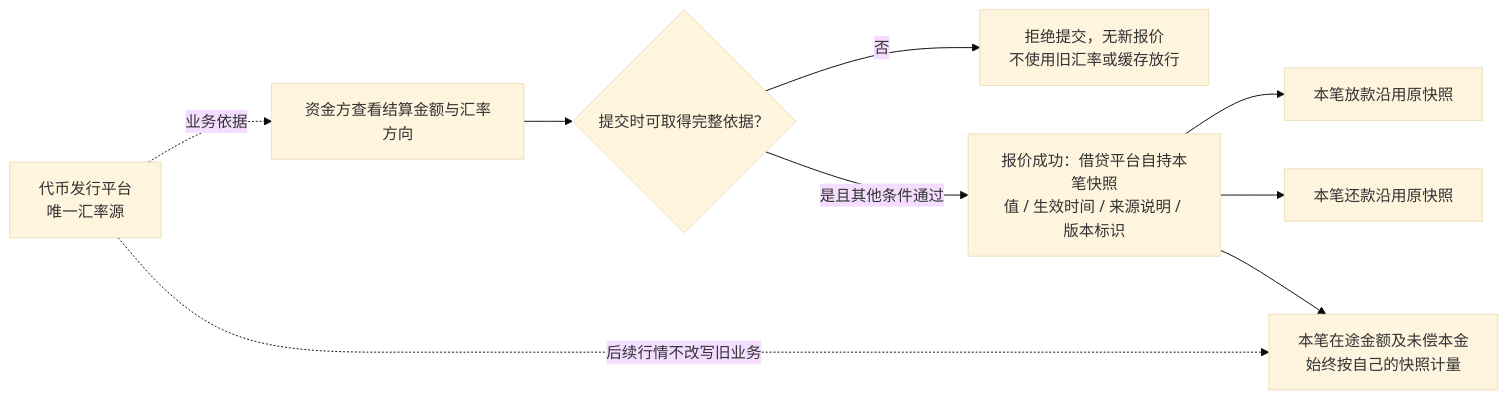
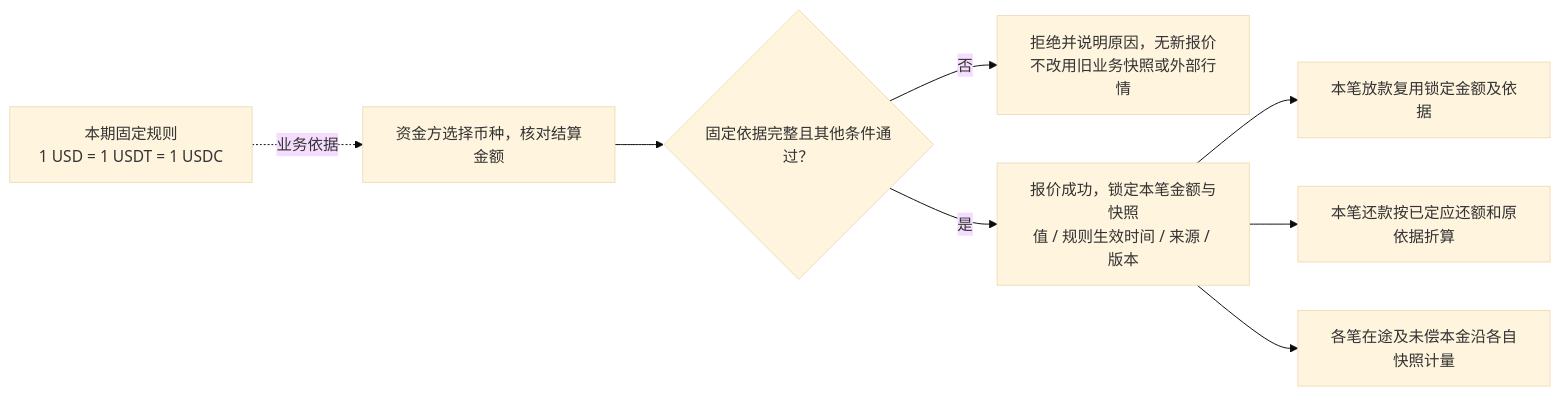
The fourth of 8 diagrams in lending-platform/PRD/v1.0-借贷广场-授信报价与接受拒绝/v1.0-借贷广场-授信报价与接受拒绝-流程图与状态机.md (wxblockchain/Chain-Financing), drawn with Mermaid (base theme) before and after one commit. The commit also changed other lines of this file and 4 other files, not shown here.

````diff
--- a/lending-platform/PRD/v1.0-借贷广场-授信报价与接受拒绝/v1.0-借贷广场-授信报价与接受拒绝-流程图与状态机.md
+++ b/lending-platform/PRD/v1.0-借贷广场-授信报价与接受拒绝/v1.0-借贷广场-授信报价与接受拒绝-流程图与状态机.md
@@ -117,11 +112,10 @@
 ```mermaid
 flowchart LR
-  A["代币发行平台<br/>唯一汇率源"] -. "业务依据" .-> B["资金方查看结算金额与汇率方向"]
-  B --> C{"提交时可取得完整依据？"}
-  C -- "否" --> D["拒绝提交，无新报价<br/>不使用旧汇率或缓存放行"]
-  C -- "是且其他条件通过" --> E["报价成功：借贷平台自持本笔快照<br/>值 / 生效时间 / 来源说明 / 版本标识"]
-  E --> F["本笔放款沿用原快照"]
-  E --> G["本笔还款沿用原快照"]
-  E --> H["本笔在途金额及未偿本金<br/>始终按自己的快照计量"]
-  A -. "后续行情不改写旧业务" .-> H
+  A["本期固定规则<br/>1 USD = 1 USDT = 1 USDC"] -. "业务依据" .-> B["资金方选择币种，核对结算金额"]
+  B --> C{"固定依据完整且其他条件通过？"}
+  C -- "否" --> D["拒绝并说明原因，无新报价<br/>不改用旧业务快照或外部行情"]
+  C -- "是" --> E["报价成功，锁定本笔金额与快照<br/>值 / 规则生效时间 / 来源 / 版本"]
+  E --> F["本笔放款复用锁定金额及依据"]
+  E --> G["本笔还款按已定应还额和原依据折算"]
+  E --> H["各笔在途及未偿本金沿各自快照计量"]
 ```
````
